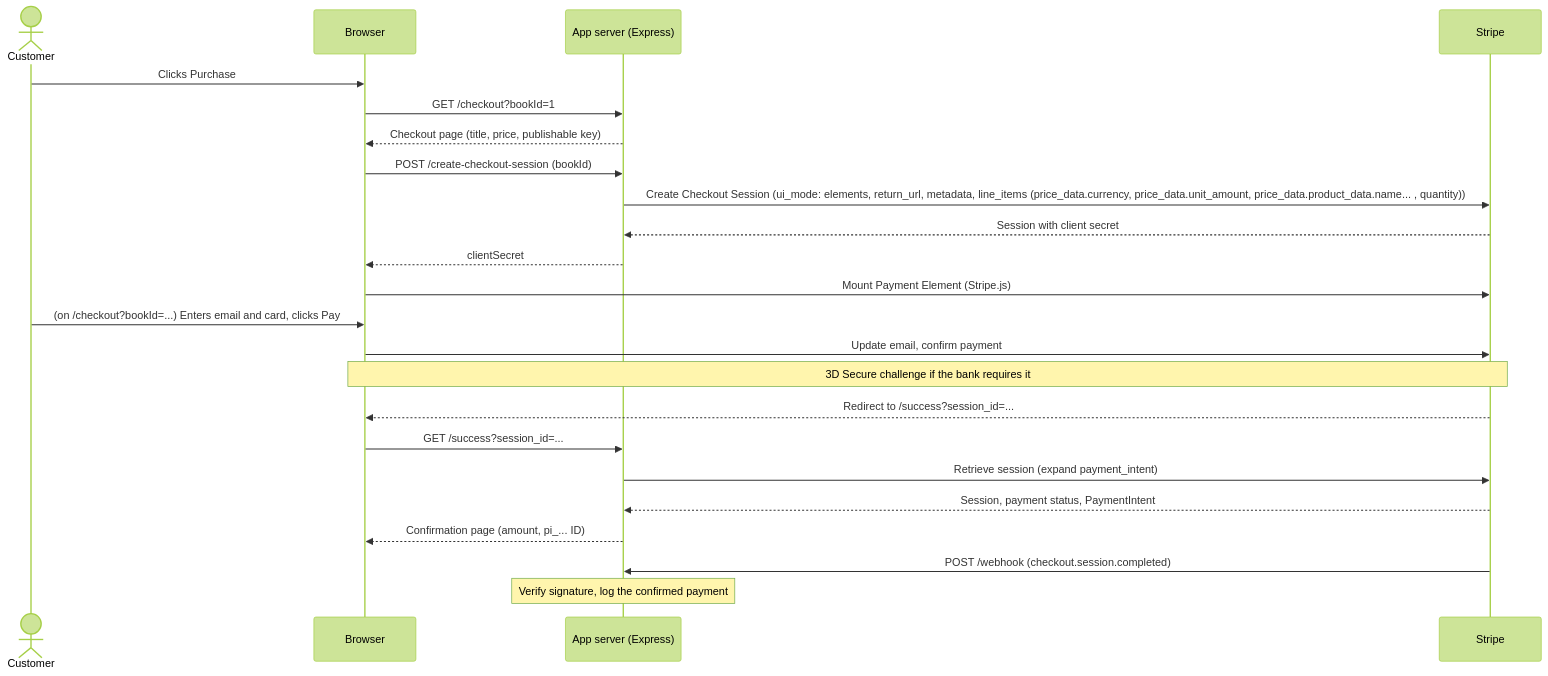
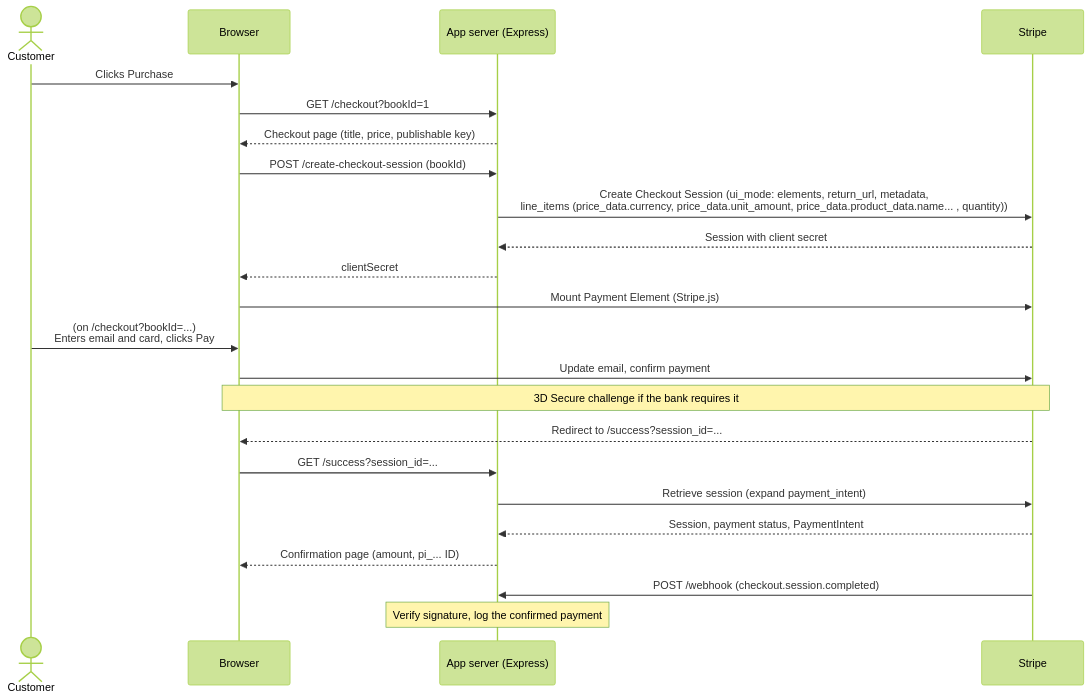
Before and after one commit to akira71s/sa-takehome-project-node: the diagram in README.md, drawn with Mermaid (forest theme).

Commit message:
Enhance checkout flow formatting in README
Updated README to include line breaks in the checkout flow description.

````diff
--- a/README.md
+++ b/README.md
@@ -143,30 +143,30 @@
 ```mermaid
 sequenceDiagram
     actor Customer
     participant Browser
     participant Server as App server (Express)
     participant Stripe
 
     Customer->>Browser: Clicks Purchase
     Browser->>Server: GET /checkout?bookId=1
     Server-->>Browser: Checkout page (title, price, publishable key)
 
     Browser->>Server: POST /create-checkout-session (bookId)
-    Server->>Stripe: Create Checkout Session (ui_mode: elements, return_url, metadata, line_items (price_data.currency, price_data.unit_amount, price_data.product_data.name... , quantity))
+    Server->>Stripe: Create Checkout Session (ui_mode: elements, return_url, metadata, <br/> line_items (price_data.currency, price_data.unit_amount, price_data.product_data.name... , quantity))
     Stripe-->>Server: Session with client secret
     Server-->>Browser: clientSecret
     Browser->>Stripe: Mount Payment Element (Stripe.js)
 
-    Customer->>Browser: (on /checkout?bookId=...) Enters email and card, clicks Pay
+    Customer->>Browser: (on /checkout?bookId=...) <br/> Enters email and card, clicks Pay
     Browser->>Stripe: Update email, confirm payment
     Note over Browser,Stripe: 3D Secure challenge if the bank requires it
     Stripe-->>Browser: Redirect to /success?session_id=...
 
     Browser->>Server: GET /success?session_id=...
     Server->>Stripe: Retrieve session (expand payment_intent)
     Stripe-->>Server: Session, payment status, PaymentIntent
     Server-->>Browser: Confirmation page (amount, pi_... ID)
 
     Stripe->>Server: POST /webhook (checkout.session.completed)
     Note over Server: Verify signature, log the confirmed payment
 ```
````
